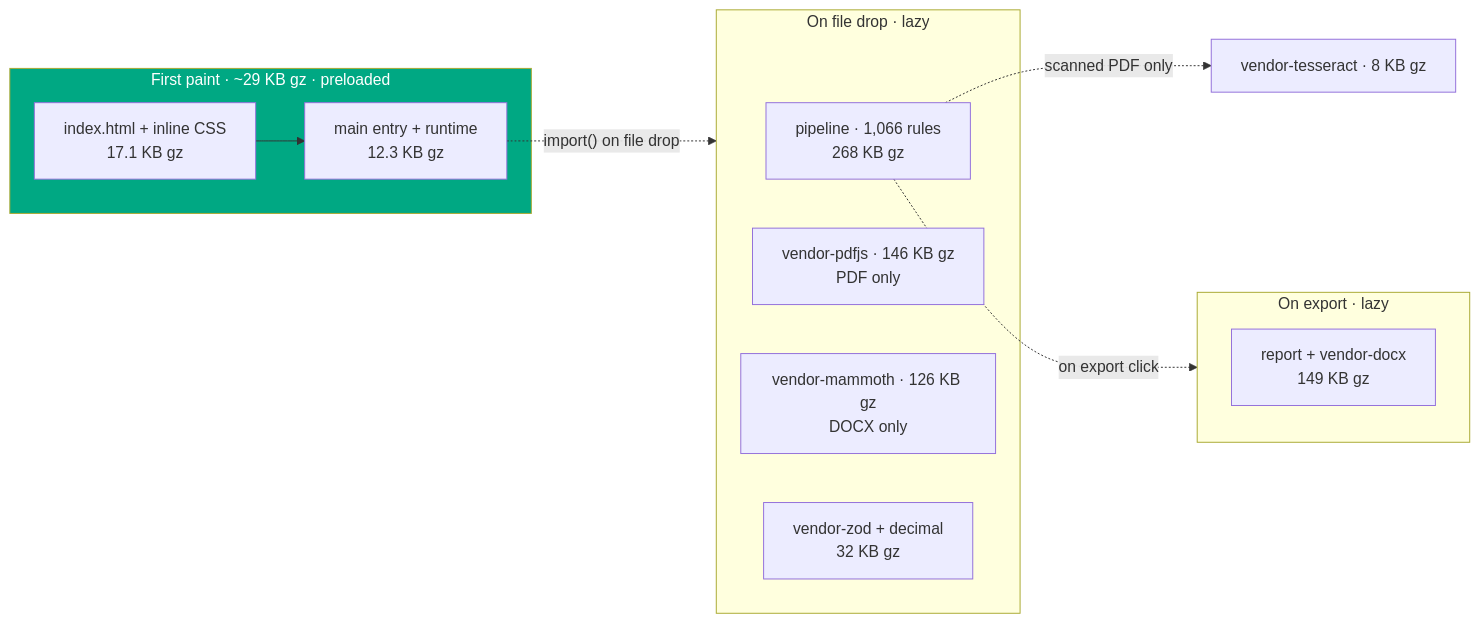
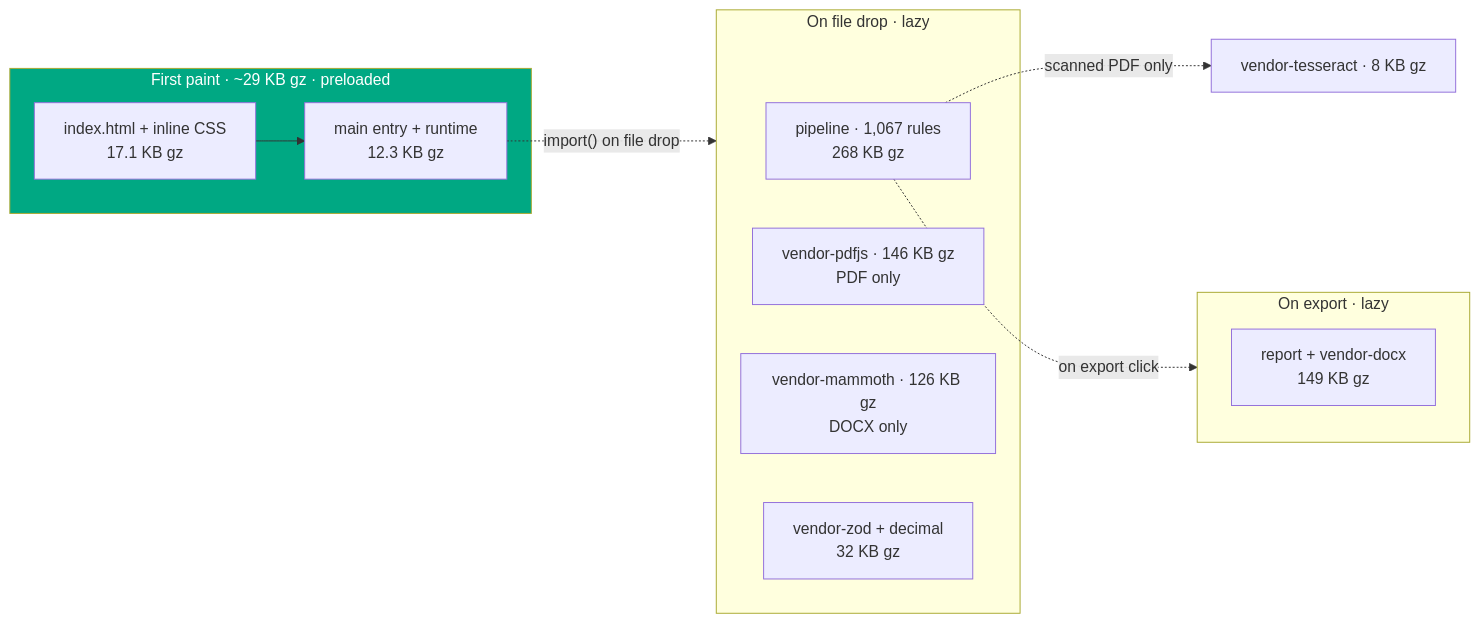
The tenth of 11 diagrams in README.md (clay-good/vaulytica), drawn with Mermaid before and after one commit. The commit also changed other lines of this file and 363 other files, not shown here.

````diff
--- a/README.md
+++ b/README.md
@@ -1266,19 +1266,19 @@
 ```mermaid
 flowchart LR
   subgraph FP["First paint · ~29 KB gz · preloaded"]
     H[index.html + inline CSS<br/>17.1 KB gz] --> M[main entry + runtime<br/>12.3 KB gz]
   end
   M -. "import() on file drop" .-> DROP
   subgraph DROP["On file drop · lazy"]
-    P[pipeline · 1,066 rules<br/>268 KB gz]
+    P[pipeline · 1,067 rules<br/>268 KB gz]
     PDF[vendor-pdfjs · 146 KB gz<br/>PDF only]
     DOCXIN[vendor-mammoth · 126 KB gz<br/>DOCX only]
     Z[vendor-zod + decimal<br/>32 KB gz]
   end
   P -. "on export click" .-> EXP
   subgraph EXP["On export · lazy"]
     RPT[report + vendor-docx<br/>149 KB gz]
   end
   P -. "scanned PDF only" .-> OCR[vendor-tesseract · 8 KB gz]
   style FP fill:#00A883,color:#fff
 ```
````
